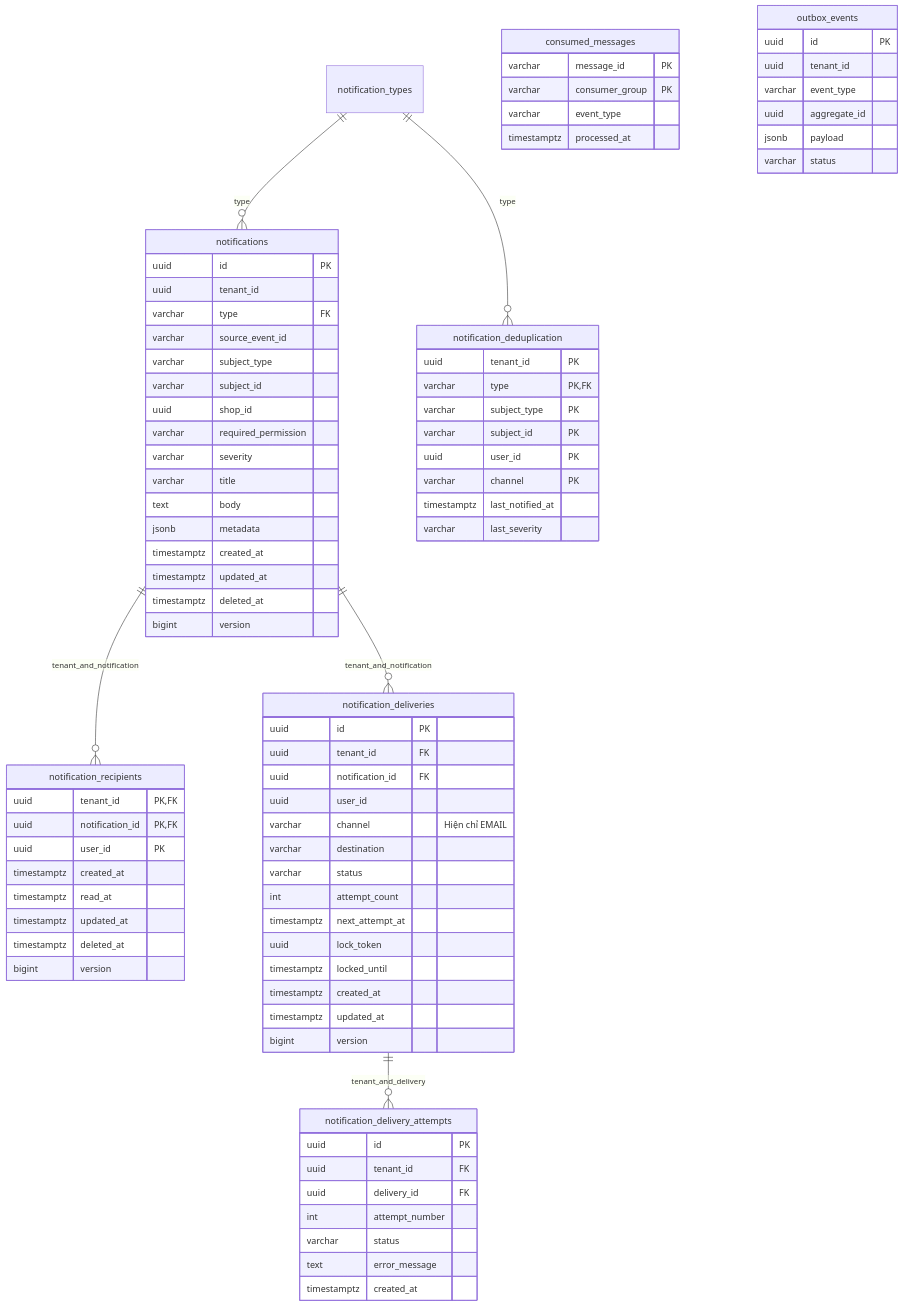
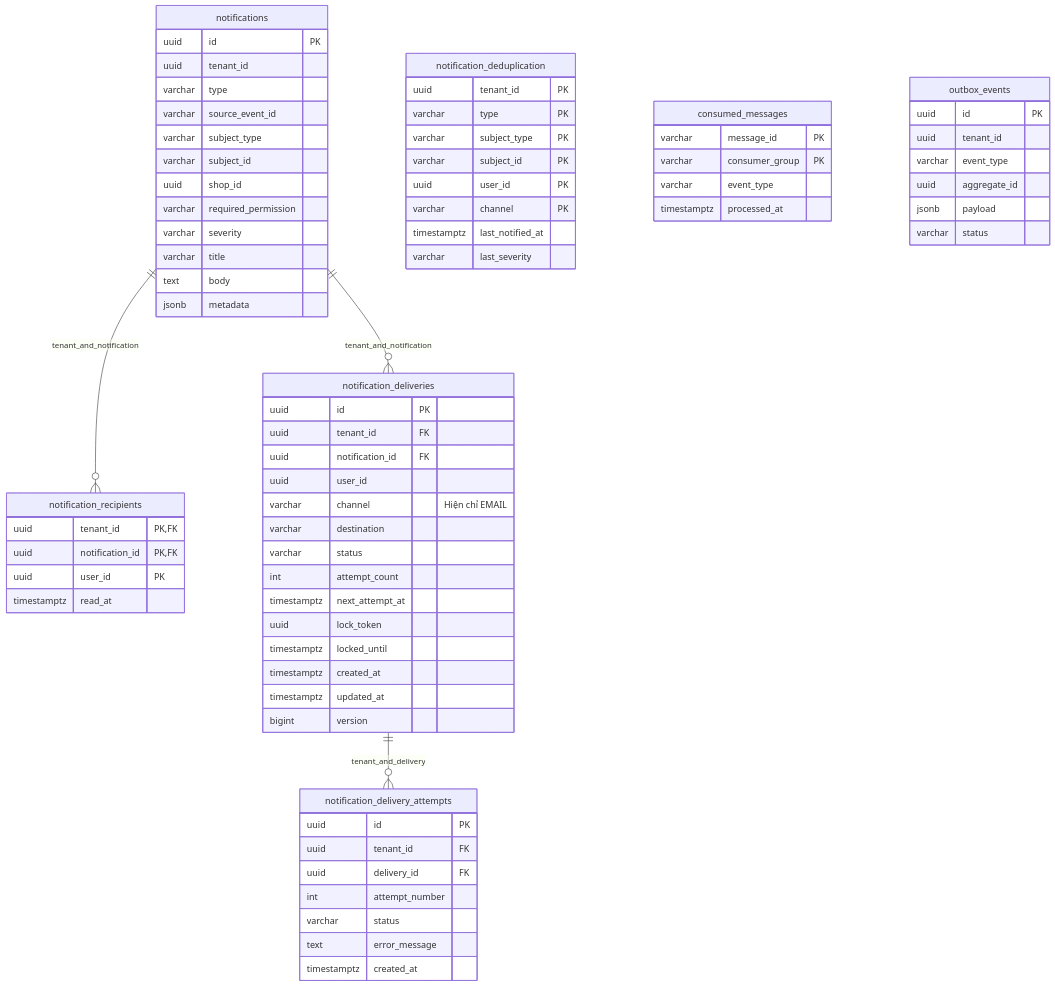
The second of 2 diagrams in services/notification-service/docs/database-design.md (NDQuynh259/vishop-platform), drawn with Mermaid before and after one commit. The commit also changed other lines of this file and 30 other files, not shown here.

First line of the commit message:
Refactor notification service to remove catalog module and integrate notification type handling

````diff
--- a/services/notification-service/docs/database-design.md
+++ b/services/notification-service/docs/database-design.md
@@ -112,15 +70,13 @@
 ```mermaid
 erDiagram
-    notification_types ||--o{ notifications : type
     notifications ||--o{ notification_recipients : tenant_and_notification
     notifications ||--o{ notification_deliveries : tenant_and_notification
     notification_deliveries ||--o{ notification_delivery_attempts : tenant_and_delivery
-    notification_types ||--o{ notification_deduplication : type
 
     notifications {
         uuid id PK
         uuid tenant_id
-        varchar type FK
+        varchar type
         varchar source_event_id
         varchar subject_type
         varchar subject_id
@@ -130,20 +86,12 @@
         varchar title
         text body
         jsonb metadata
-        timestamptz created_at
-        timestamptz updated_at
-        timestamptz deleted_at
-        bigint version
     }
     notification_recipients {
         uuid tenant_id PK,FK
         uuid notification_id PK,FK
         uuid user_id PK
-        timestamptz created_at
         timestamptz read_at
-        timestamptz updated_at
-        timestamptz deleted_at
-        bigint version
     }
     notification_deliveries {
         uuid id PK
@@ -172,7 +120,7 @@
     }
     notification_deduplication {
         uuid tenant_id PK
-        varchar type PK,FK
+        varchar type PK
         varchar subject_type PK
         varchar subject_id PK
         uuid user_id PK
````
